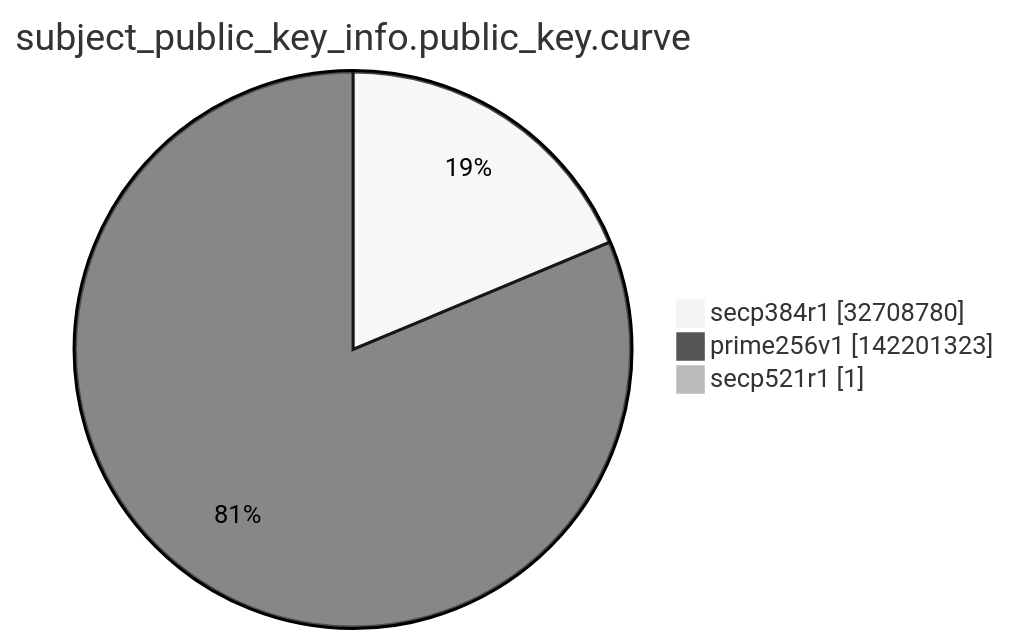
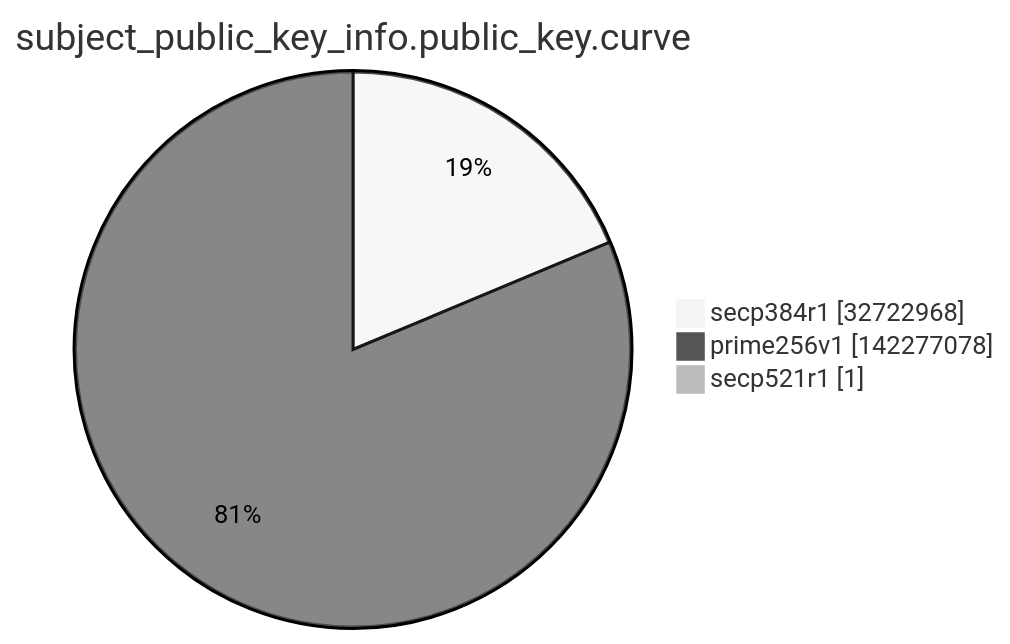
One commit to christiankrug/ctmonitor_visualization changed the ninth of 15 diagrams in argon2022/README.md. Above: the diagram before and after it, drawn with Mermaid (neutral theme). The commit also changed other lines of this file, not shown here.

````diff
--- a/argon2022/README.md
+++ b/argon2022/README.md
@@ -2763,7 +2763,7 @@
 ```mermaid
 pie showData
 title subject_public_key_info.public_key.curve
-"secp384r1" :32708780
-"prime256v1" :142201323
+"secp384r1" :32722968
+"prime256v1" :142277078
 "secp521r1" :1
 ```
````
